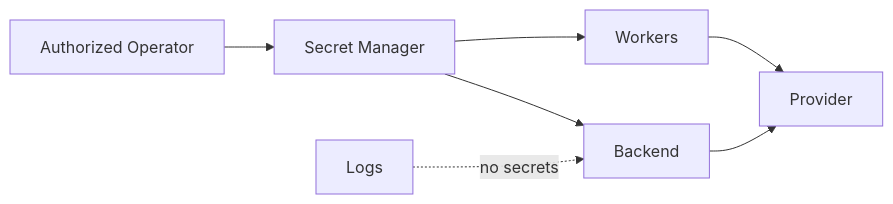
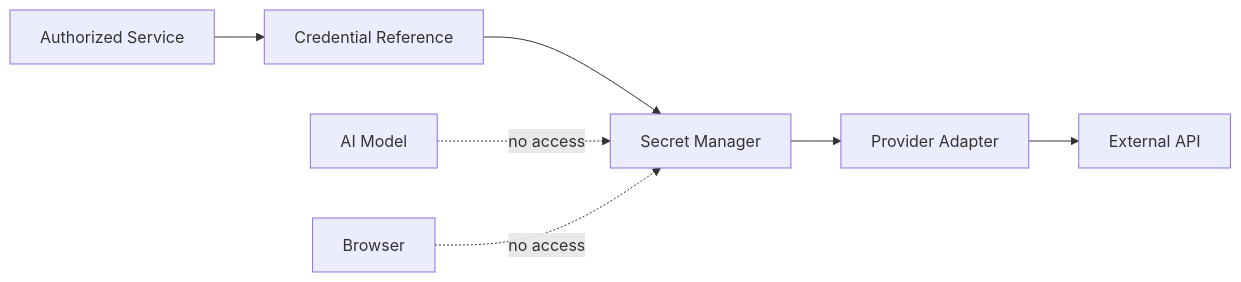
The second of 3 diagrams in docs/security/secrets.md (D-engahmed/OMILINKS), drawn with Mermaid before and after one commit. The commit also changed other lines of this file and 2 other files, not shown here.

Commit message:
docs: deepen tenant isolation secrets and incident response

````diff
--- a/docs/security/secrets.md
+++ b/docs/security/secrets.md
@@ -13,9 +66,9 @@
-```mermaid
+~~~mermaid
 flowchart LR
-ADMIN[Authorized Operator] --> SM[Secret Manager]
-SM --> API[Backend]
-SM --> WORKER[Workers]
-API --> EXT[Provider]
-WORKER --> EXT
-LOG[Logs] -. no secrets .-> API
-```
+SERVICE[Authorized Service] --> REF[Credential Reference]
+REF --> SM[Secret Manager]
+SM --> ADAPTER[Provider Adapter]
+ADAPTER --> PROVIDER[External API]
+MODEL[AI Model] -. no access .-> SM
+BROWSER[Browser] -. no access .-> SM
+~~~
````
